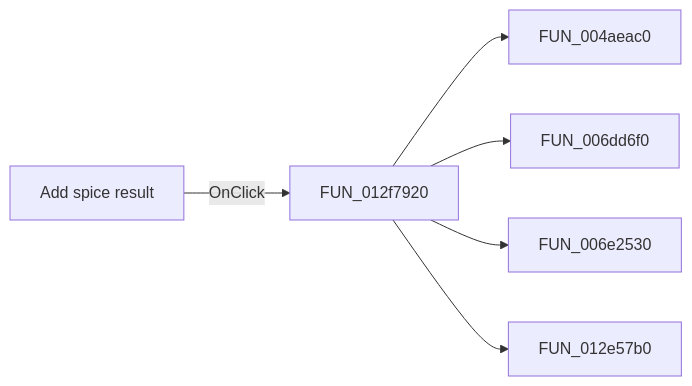
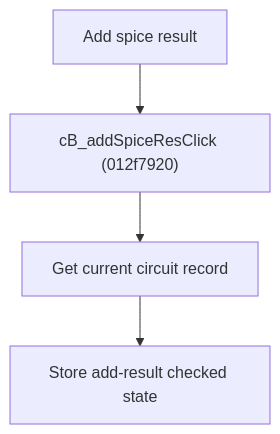
Before and after one commit to MovGP0/TIARA: the diagram in docs/ui-controls/frmmodeltestbencheditor/cb-addspiceres-17a097b6b6.md, drawn with Mermaid. The commit also changed other lines of this file and 387 other files, not shown here.

````diff
--- a/docs/ui-controls/frmmodeltestbencheditor/cb-addspiceres-17a097b6b6.md
+++ b/docs/ui-controls/frmmodeltestbencheditor/cb-addspiceres-17a097b6b6.md
@@ -27,8 +28,6 @@
 ```mermaid
-flowchart LR
-    control["Add spice result"] -->|OnClick| handler["FUN_012f7920"]
-    handler --> call1["FUN_004aeac0"]
-    handler --> call2["FUN_006dd6f0"]
-    handler --> call3["FUN_006e2530"]
-    handler --> call4["FUN_012e57b0"]
+flowchart TD
+    control["Add spice result"] --> handler["cB_addSpiceResClick (012f7920)"]
+    handler --> record["Get current circuit record"]
+    record --> state["Store add-result checked state"]
 ```
````
